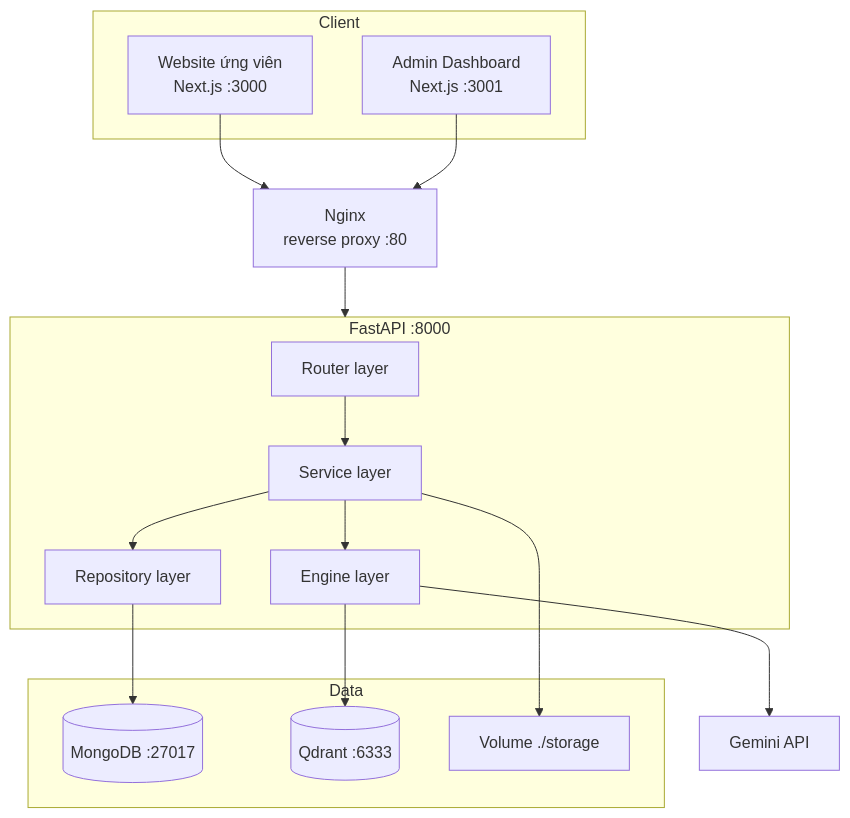
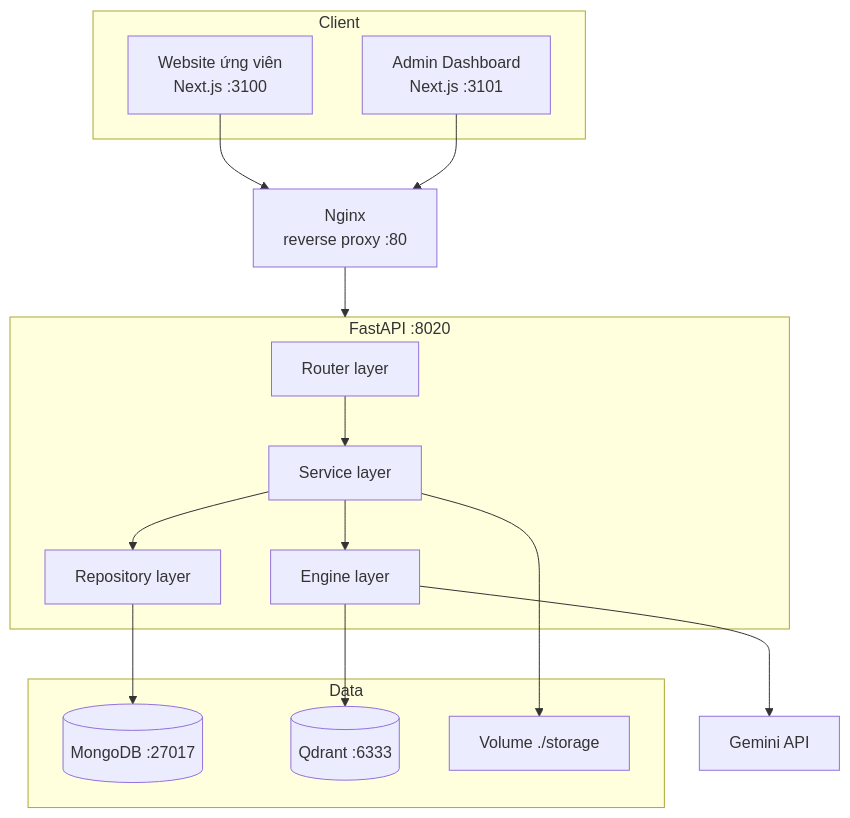
One commit to Hduc2412/Web-XKLD changed the diagram in docs/design/08_ARCHITECTURE.md. Above: the diagram before and after it, drawn with Mermaid. The commit also changed other lines of this file and 17 other files, not shown here.

````diff
--- a/docs/design/08_ARCHITECTURE.md
+++ b/docs/design/08_ARCHITECTURE.md
@@ -5,34 +5,34 @@
 ```mermaid
 flowchart TD
     subgraph Client
-        W["Website ứng viên<br/>Next.js :3000"]
-        A["Admin Dashboard<br/>Next.js :3001"]
+        W["Website ứng viên<br/>Next.js :3100"]
+        A["Admin Dashboard<br/>Next.js :3101"]
     end
 
     NG["Nginx<br/>reverse proxy :80"]
 
-    subgraph Backend["FastAPI :8000"]
+    subgraph Backend["FastAPI :8020"]
         R["Router layer"]
         S["Service layer"]
         E["Engine layer"]
         RP["Repository layer"]
     end
 
     subgraph Data
         MG[("MongoDB :27017")]
         QD[("Qdrant :6333")]
         FS["Volume ./storage"]
     end
 
     GM["Gemini API"]
 
     W --> NG
     A --> NG
     NG --> Backend
     R --> S --> E
     S --> RP
     RP --> MG
     E --> QD
     E --> GM
     S --> FS
 ```
````
